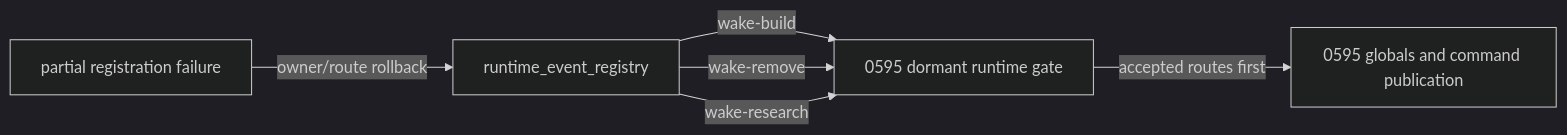
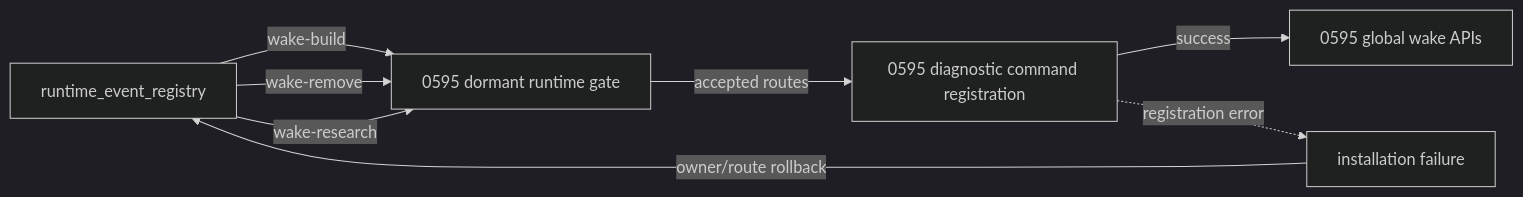
Before and after one commit to mrcalzon02/Tech-Priests: diagram 18 of 19 in docs/RECOVERY_AUTHORITY_MAP_CURRENT.md, drawn with Mermaid (dark theme). The commit also changed other lines of this file, not shown here.

Commit message:
Clarify dormant wake command and API publication order in authority map

````diff
--- a/docs/RECOVERY_AUTHORITY_MAP_CURRENT.md
+++ b/docs/RECOVERY_AUTHORITY_MAP_CURRENT.md
@@ -413,8 +413,10 @@
 ```mermaid
 flowchart LR
     Registry[runtime_event_registry] -->|wake-build| Dormant[0595 dormant runtime gate]
     Registry -->|wake-remove| Dormant
     Registry -->|wake-research| Dormant
-    Dormant -->|accepted routes first| Publish[0595 globals and command publication]
-    Failure[partial registration failure] -->|owner/route rollback| Registry
+    Dormant -->|accepted routes| Command[0595 diagnostic command registration]
+    Command -->|success| Publish[0595 global wake APIs]
+    Command -.->|registration error| Failure[installation failure]
+    Failure -->|owner/route rollback| Registry
 ```
````
